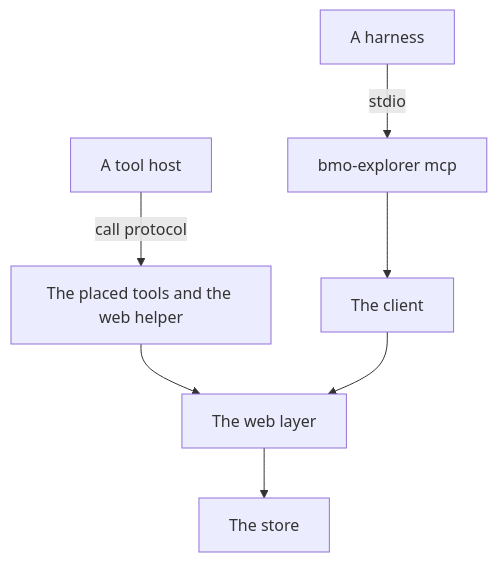
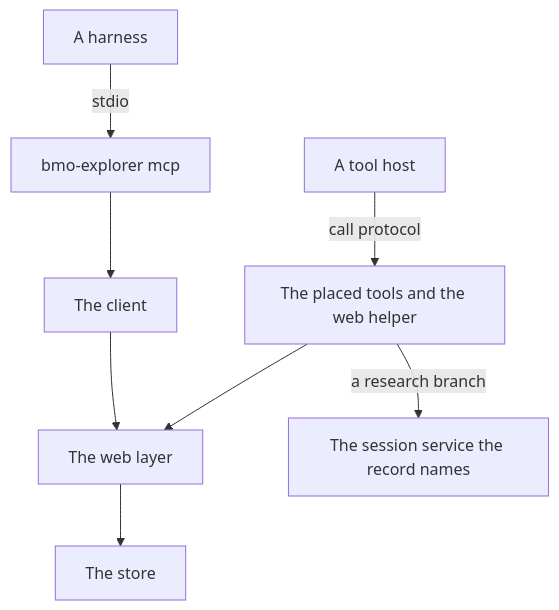
Before and after one commit to ahas/bmo-explorer: the diagram in docs/api.md, drawn with Mermaid. The commit also changed other lines of this file and 25 other files, not shown here.

First line of the commit message:
Open a research branch with the research tool through the session service a record names (0.1.0-rev.4)

````diff
--- a/docs/api.md
+++ b/docs/api.md
@@ -9,9 +10,10 @@
 ```mermaid
 flowchart TD
   H[A harness] -->|stdio| M[bmo-explorer mcp]
   T[A tool host] -->|call protocol| P[The placed tools and the web helper]
   M --> C[The client]
   P --> W[The web layer]
+  P -->|a research branch| A[The session service the record names]
   C --> W
   W --> S[The store]
 ```
````
